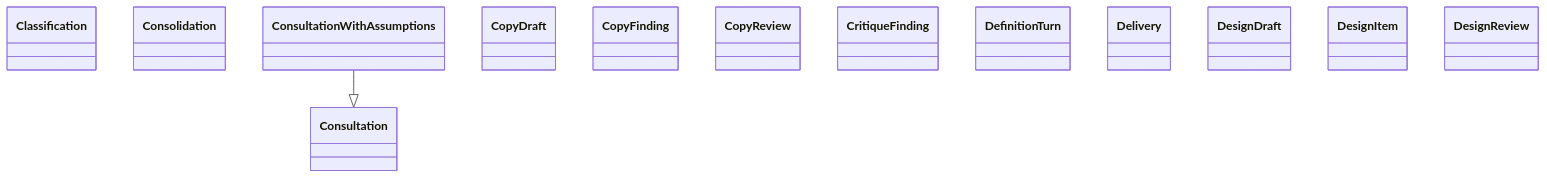
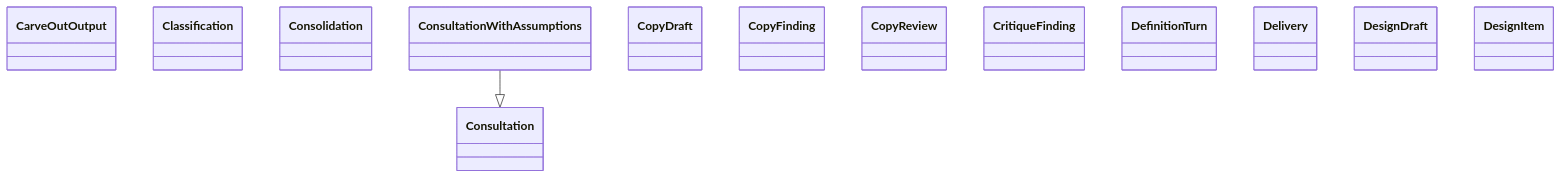
The diagram in docs/architecture/generated/classes-process-domain-roles-2.md (GonzaloZevallos/agentic-system), drawn with Mermaid before and after one commit. The commit also changed other lines of this file and 9 other files, not shown here.

Commit message:
Regenerate the architecture pages for DepartureAnswer and DrawingEscalation

````diff
--- a/docs/architecture/generated/classes-process-domain-roles-2.md
+++ b/docs/architecture/generated/classes-process-domain-roles-2.md
@@ -29,17 +29,17 @@
 ```mermaid
 classDiagram
+    class schemas__CarveOutOutput["CarveOutOutput"]
     class schemas__Classification["Classification"]
     class schemas__Consolidation["Consolidation"]
     class schemas__Consultation["Consultation"]
     class schemas__ConsultationWithAssumptions["ConsultationWithAssumptions"]
     class schemas__CopyDraft["CopyDraft"]
     class schemas__CopyFinding["CopyFinding"]
     class schemas__CopyReview["CopyReview"]
     class schemas__CritiqueFinding["CritiqueFinding"]
     class schemas__DefinitionTurn["DefinitionTurn"]
     class schemas__Delivery["Delivery"]
     class schemas__DesignDraft["DesignDraft"]
     class schemas__DesignItem["DesignItem"]
-    class schemas__DesignReview["DesignReview"]
     schemas__ConsultationWithAssumptions --|> schemas__Consultation
 ```
````
